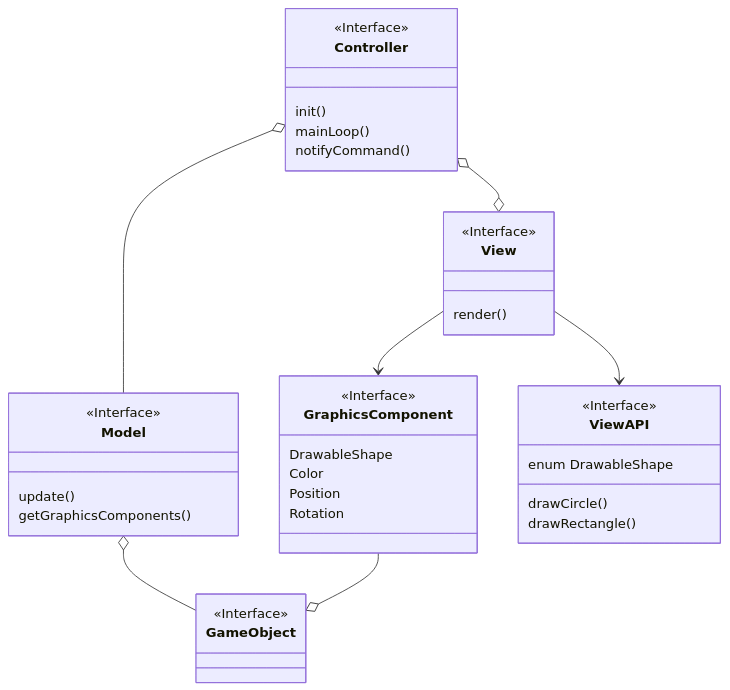
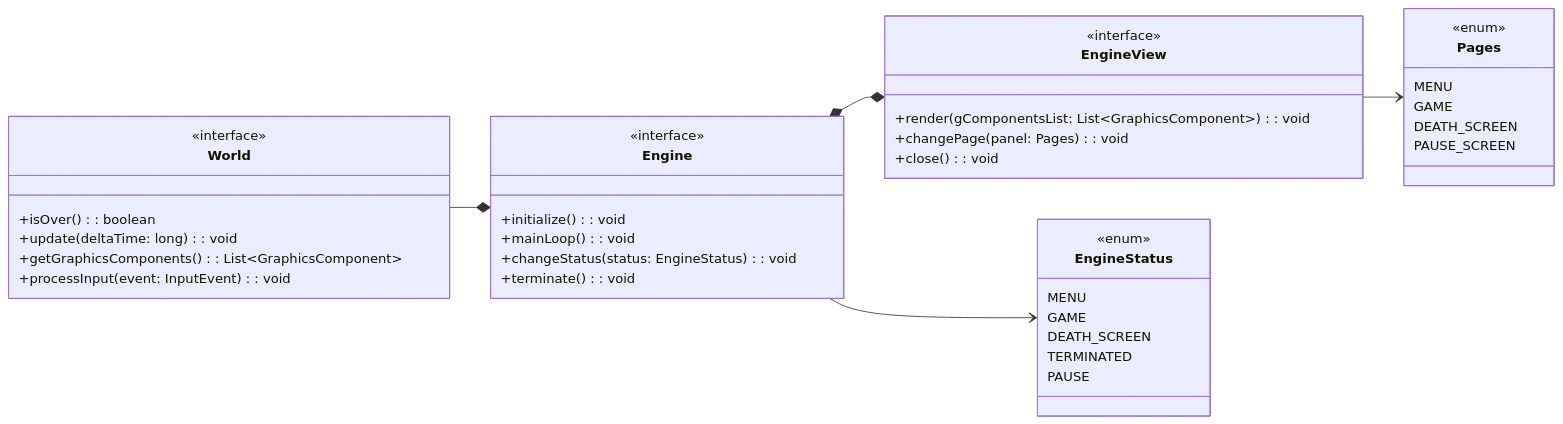
The second of 21 diagrams in report.md (frabitta/OOP23-gfight), drawn with Mermaid before and after one commit. The commit also changed other lines of this file, not shown here.

````diff
--- a/report.md
+++ b/report.md
@@ -77,49 +46,44 @@
 ```mermaid
 classDiagram
-    Controller o--o View
-    View --> GraphicsComponent
-    Controller o-- Model
-    Model o-- GameObject  
-    GraphicsComponent --o GameObject
+    direction LR
+    class World {
+        <<interface>>
+        +isOver(): boolean
+        +update(deltaTime: long): void
+        +getGraphicsComponents(): List~GraphicsComponent~
+        +processInput(event: InputEvent): void
+    }
+    class Engine {
+        <<interface>>
+        +initialize(): void
+        +mainLoop(): void
+        +changeStatus(status: EngineStatus): void
+        +terminate(): void
+    }
+    class EngineView {
+        <<interface>>
+        +render(gComponentsList: List~GraphicsComponent~): void
+        +changePage(panel: Pages): void
+        +close(): void
+    }
+    Engine *--* EngineView
+    World --* Engine
 
-    View --> ViewAPI
-
-    <<Interface>> View
-    <<Interface>> ViewAPI
-    <<Interface>> Controller
-    <<Interface>> Model
-    <<Interface>> GameObject
-    <<Interface>> GraphicsComponent
-
-    class View {
-      render()
+    class EngineStatus {
+        <<enum>>
+        MENU
+        GAME
+        DEATH_SCREEN
+        TERMINATED
+        PAUSE
     }
-
-    class ViewAPI {
-      enum DrawableShape
-      drawCircle()
-      drawRectangle()
+    Engine --> EngineStatus
+    class Pages {
+        <<enum>>
+        MENU
+        GAME
+        DEATH_SCREEN
+        PAUSE_SCREEN
     }
-
-    class GameObject {
-
-    }
-
-    class GraphicsComponent {
-      DrawableShape
-      Color
-      Position
-      Rotation
-    }
-
-    class Controller {
-      init()
-      mainLoop()
-      notifyCommand()
-    }
-
-    class Model {
-      update()
-      getGraphicsComponents()
-    }
+    EngineView --> Pages
 ```
````
